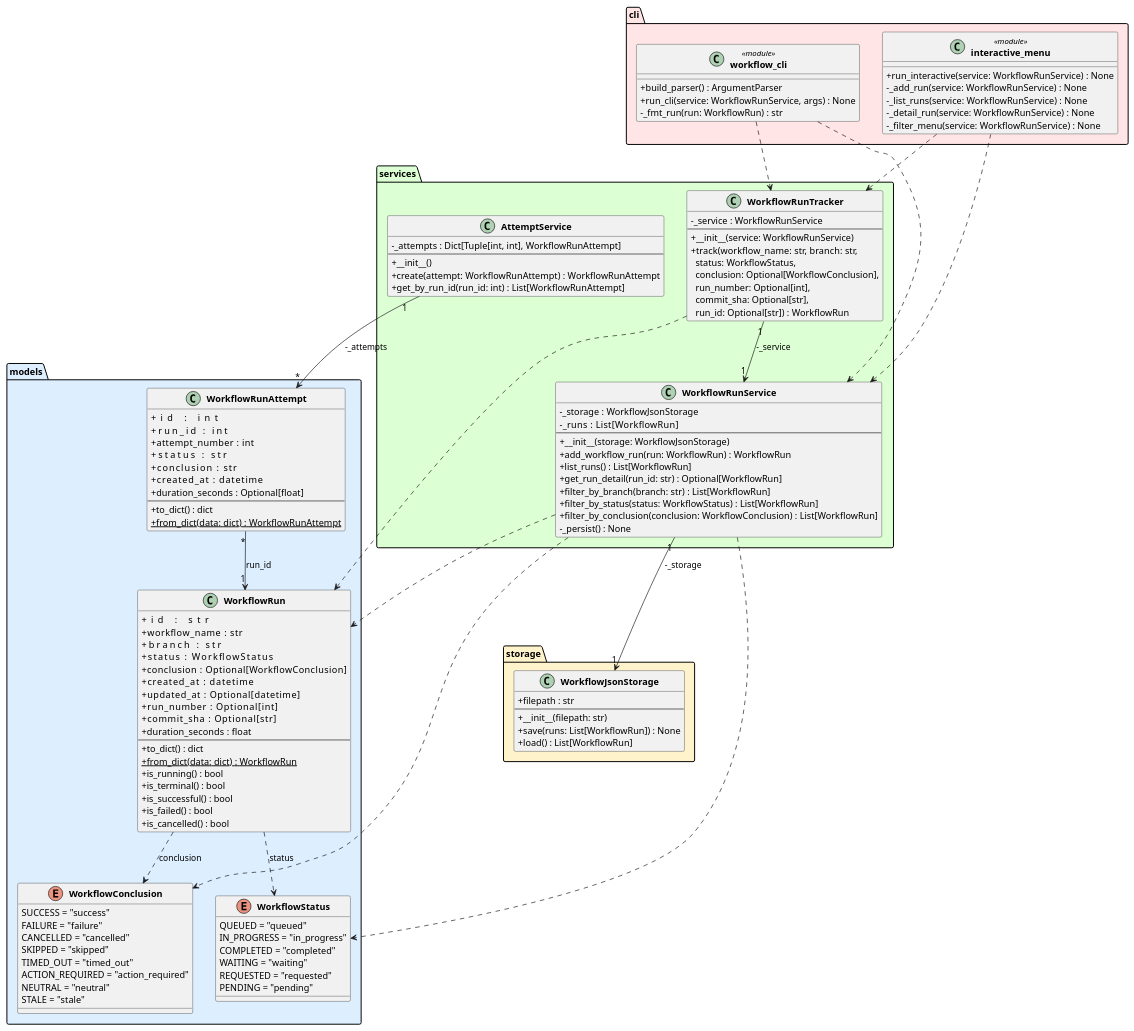
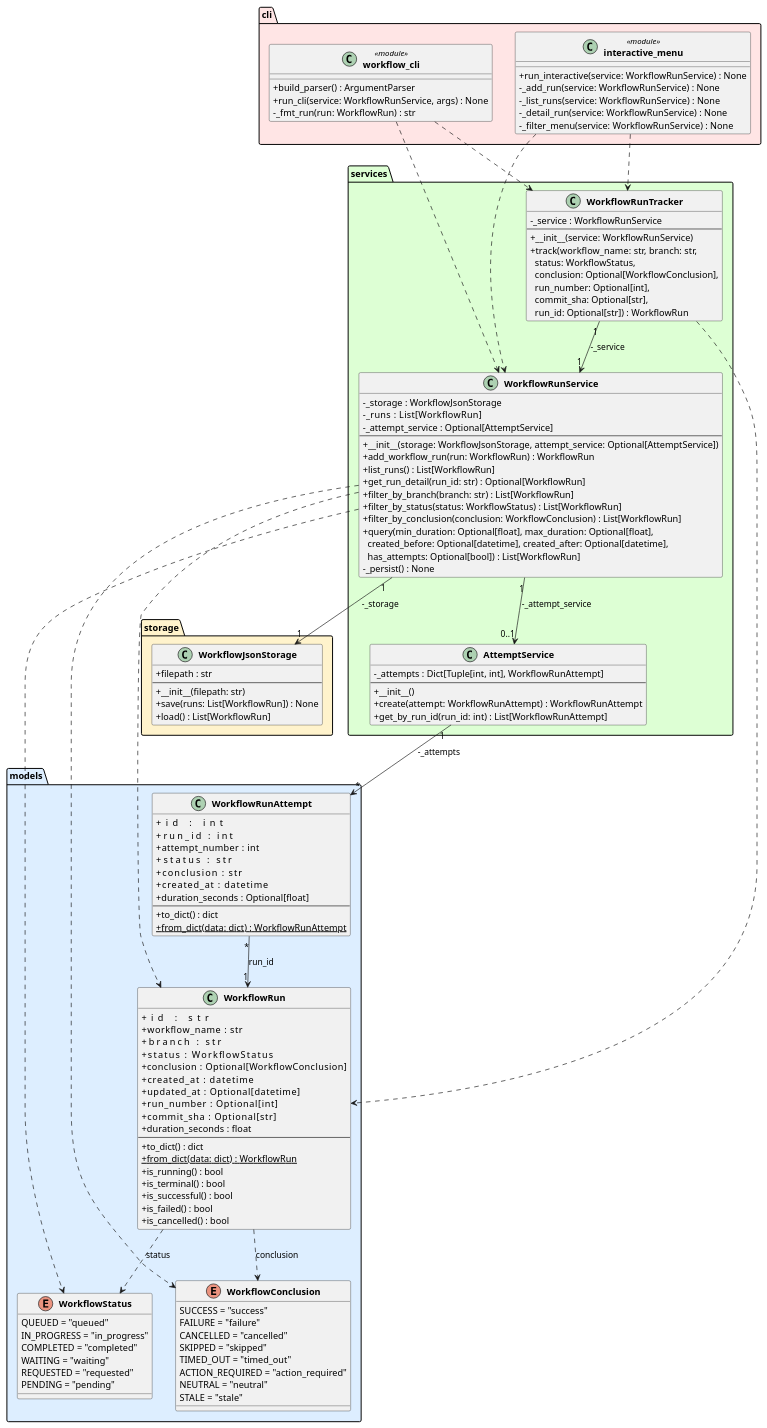
Before and after one commit to DanielRiha8906/Software_autoevolution_using_agents: the diagram in experiments/supervisor_as_tools/test_driven/github-workflow-manager/artifacts/class_diagram.puml, drawn with PlantUML. The commit also changed 3 other files, not shown here.

```diff
--- a/experiments/supervisor_as_tools/test_driven/github-workflow-manager/artifacts/class_diagram.puml
+++ b/experiments/supervisor_as_tools/test_driven/github-workflow-manager/artifacts/class_diagram.puml
@@ -1,134 +1,137 @@
 @startuml class_diagram
 
 skinparam classAttributeIconSize 0
 skinparam classFontStyle bold
 
 package "models" #DDEEFF {
     enum WorkflowStatus {
         QUEUED = "queued"
         IN_PROGRESS = "in_progress"
         COMPLETED = "completed"
         WAITING = "waiting"
         REQUESTED = "requested"
         PENDING = "pending"
     }
 
     enum WorkflowConclusion {
         SUCCESS = "success"
         FAILURE = "failure"
         CANCELLED = "cancelled"
         SKIPPED = "skipped"
         TIMED_OUT = "timed_out"
         ACTION_REQUIRED = "action_required"
         NEUTRAL = "neutral"
         STALE = "stale"
     }
 
     class WorkflowRun {
         +id                : str
         +workflow_name     : str
         +branch            : str
         +status            : WorkflowStatus
         +conclusion        : Optional[WorkflowConclusion]
         +created_at        : datetime
         +updated_at        : Optional[datetime]
         +run_number        : Optional[int]
         +commit_sha        : Optional[str]
         +duration_seconds  : float
         --
         +to_dict() : dict
         +{static} from_dict(data: dict) : WorkflowRun
         +is_running() : bool
         +is_terminal() : bool
         +is_successful() : bool
         +is_failed() : bool
         +is_cancelled() : bool
     }
 
     class WorkflowRunAttempt {
         +id                : int
         +run_id            : int
         +attempt_number    : int
         +status            : str
         +conclusion        : str
         +created_at        : datetime
         +duration_seconds  : Optional[float]
         --
         +to_dict() : dict
         +{static} from_dict(data: dict) : WorkflowRunAttempt
     }
 }
 
 package "storage" #FFF3CC {
     class WorkflowJsonStorage {
         +filepath : str
         --
         +__init__(filepath: str)
         +save(runs: List[WorkflowRun]) : None
         +load() : List[WorkflowRun]
     }
 }
 
 package "services" #DDFFD4 {
     class WorkflowRunService {
         -_storage : WorkflowJsonStorage
         -_runs    : List[WorkflowRun]
+        -_attempt_service : Optional[AttemptService]
         --
-        +__init__(storage: WorkflowJsonStorage)
+        +__init__(storage: WorkflowJsonStorage, attempt_service: Optional[AttemptService])
         +add_workflow_run(run: WorkflowRun) : WorkflowRun
         +list_runs() : List[WorkflowRun]
         +get_run_detail(run_id: str) : Optional[WorkflowRun]
         +filter_by_branch(branch: str) : List[WorkflowRun]
         +filter_by_status(status: WorkflowStatus) : List[WorkflowRun]
         +filter_by_conclusion(conclusion: WorkflowConclusion) : List[WorkflowRun]
+        +query(min_duration: Optional[float], max_duration: Optional[float],\n  created_before: Optional[datetime], created_after: Optional[datetime],\n  has_attempts: Optional[bool]) : List[WorkflowRun]
         -_persist() : None
     }
 
     class WorkflowRunTracker {
         -_service : WorkflowRunService
         --
         +__init__(service: WorkflowRunService)
         +track(workflow_name: str, branch: str,\n  status: WorkflowStatus,\n  conclusion: Optional[WorkflowConclusion],\n  run_number: Optional[int],\n  commit_sha: Optional[str],\n  run_id: Optional[str]) : WorkflowRun
     }
 
     class AttemptService {
         -_attempts : Dict[Tuple[int, int], WorkflowRunAttempt]
         --
         +__init__()
         +create(attempt: WorkflowRunAttempt) : WorkflowRunAttempt
         +get_by_run_id(run_id: int) : List[WorkflowRunAttempt]
     }
 }
 
 package "cli" #FFE5E5 {
     class "workflow_cli" <<module>> {
         +build_parser() : ArgumentParser
         +run_cli(service: WorkflowRunService, args) : None
         -_fmt_run(run: WorkflowRun) : str
     }
 
     class "interactive_menu" <<module>> {
         +run_interactive(service: WorkflowRunService) : None
         -_add_run(service: WorkflowRunService) : None
         -_list_runs(service: WorkflowRunService) : None
         -_detail_run(service: WorkflowRunService) : None
         -_filter_menu(service: WorkflowRunService) : None
     }
 }
 
 WorkflowRun                ..>  WorkflowStatus        : status
 WorkflowRun                ..>  WorkflowConclusion    : conclusion
 WorkflowRunAttempt    "*" --> "1" WorkflowRun        : run_id
 WorkflowRunService    "1" --> "1" WorkflowJsonStorage : -_storage
+WorkflowRunService    "1" --> "0..1" AttemptService   : -_attempt_service
 WorkflowRunService         ..>  WorkflowRun
 WorkflowRunService         ..>  WorkflowStatus
 WorkflowRunService         ..>  WorkflowConclusion
 WorkflowRunTracker    "1" --> "1" WorkflowRunService  : -_service
 WorkflowRunTracker         ..>  WorkflowRun
 AttemptService       "1" --> "*" WorkflowRunAttempt   : -_attempts
 "workflow_cli"             ..>  WorkflowRunService
 "workflow_cli"             ..>  WorkflowRunTracker
 "interactive_menu"         ..>  WorkflowRunService
 "interactive_menu"         ..>  WorkflowRunTracker
 
 @enduml
```
